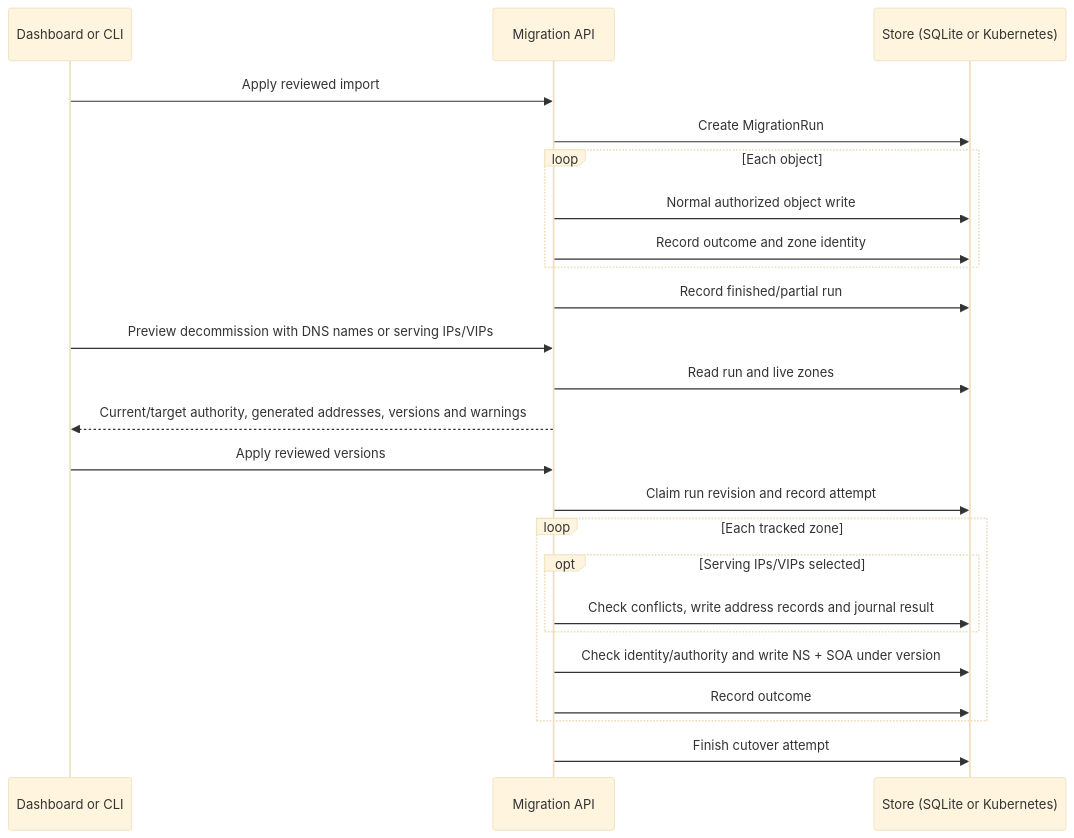
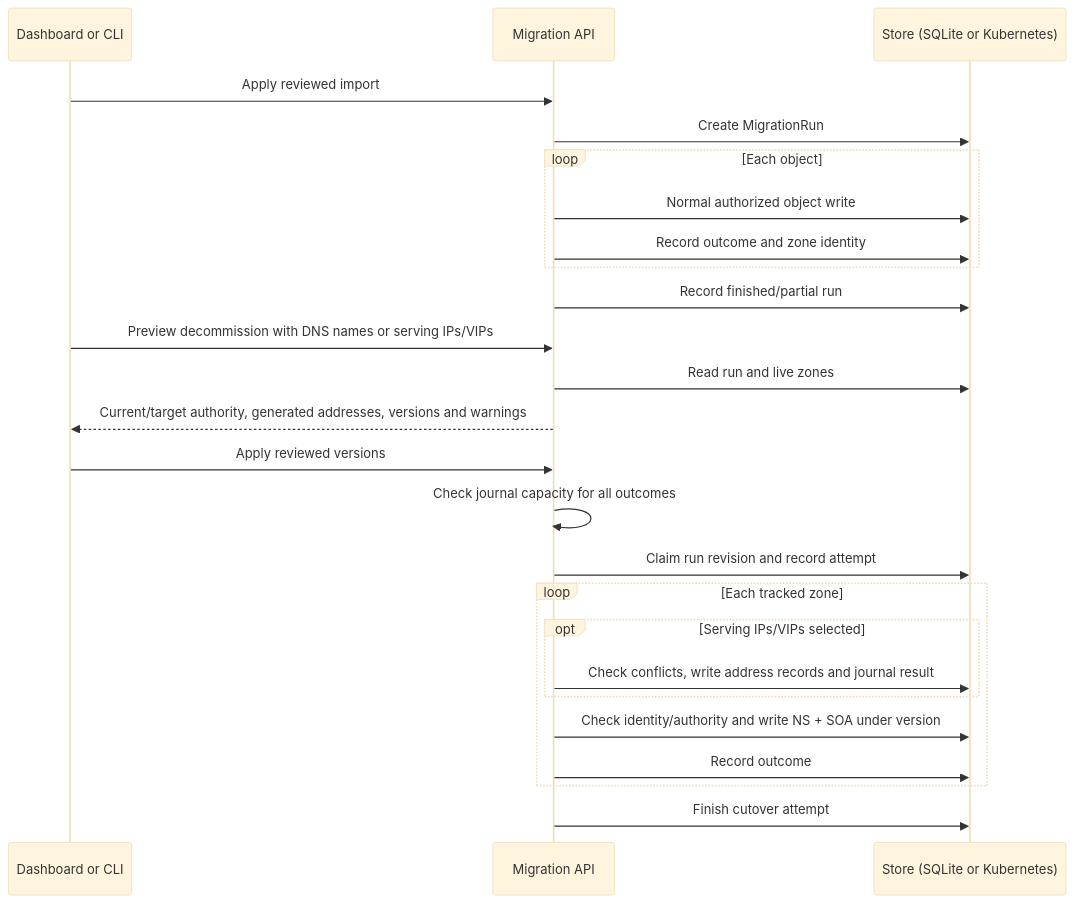
One commit to robertherbaugh/kudurru changed the first of 8 diagrams in docs/architecture/configuration-and-store.md. Above: the diagram before and after it, drawn with Mermaid (base theme). The commit also changed other lines of this file and 3 other files, not shown here.

````diff
--- a/docs/architecture/configuration-and-store.md
+++ b/docs/architecture/configuration-and-store.md
@@ -116,26 +122,27 @@
 ```mermaid
 sequenceDiagram
     participant U as Dashboard or CLI
     participant A as Migration API
     participant S as Store (SQLite or Kubernetes)
     U->>A: Apply reviewed import
     A->>S: Create MigrationRun
     loop Each object
         A->>S: Normal authorized object write
         A->>S: Record outcome and zone identity
     end
     A->>S: Record finished/partial run
     U->>A: Preview decommission with DNS names or serving IPs/VIPs
     A->>S: Read run and live zones
     A-->>U: Current/target authority, generated addresses, versions and warnings
     U->>A: Apply reviewed versions
+    A->>A: Check journal capacity for all outcomes
     A->>S: Claim run revision and record attempt
     loop Each tracked zone
         opt Serving IPs/VIPs selected
             A->>S: Check conflicts, write address records and journal result
         end
         A->>S: Check identity/authority and write NS + SOA under version
         A->>S: Record outcome
     end
     A->>S: Finish cutover attempt
 ```
````
